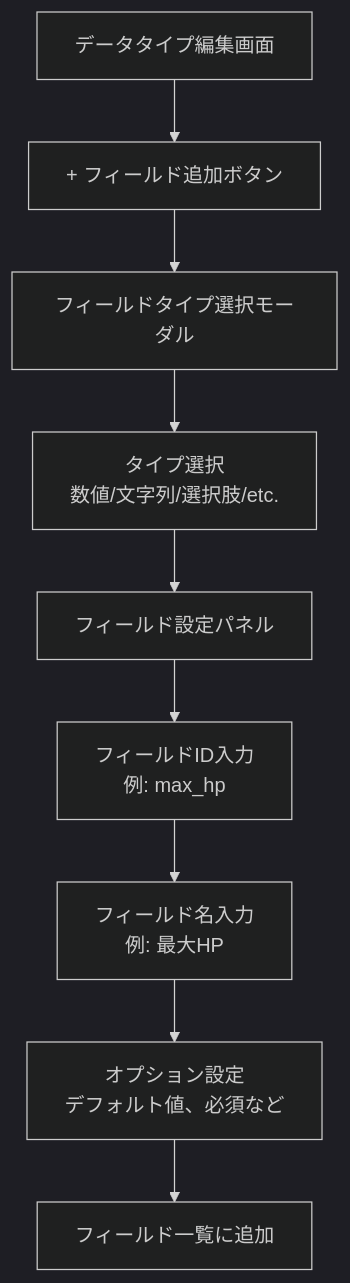
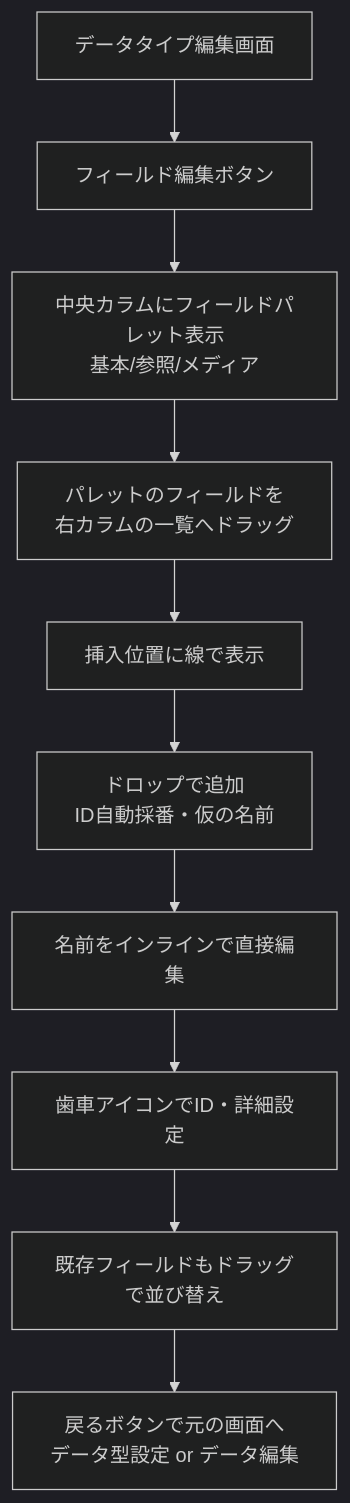
The seventh of 37 diagrams in docs/ui-flow-design.md (KenshinKaraage/rpg-box), drawn with Mermaid (dark theme) before and after one commit. The commit also changed other lines of this file and 18 other files, not shown here.

````diff
--- a/docs/ui-flow-design.md
+++ b/docs/ui-flow-design.md
@@ -422,11 +422,12 @@
 ```mermaid
 flowchart TD
-    A[データタイプ編集画面] --> B[+ フィールド追加ボタン]
-    B --> C[フィールドタイプ選択モーダル]
-    C --> D[タイプ選択<br>数値/文字列/選択肢/etc.]
-    D --> E[フィールド設定パネル]
-    E --> F[フィールドID入力<br>例: max_hp]
-    F --> G[フィールド名入力<br>例: 最大HP]
-    G --> H[オプション設定<br>デフォルト値、必須など]
-    H --> I[フィールド一覧に追加]
+    A[データタイプ編集画面] --> B[フィールド編集ボタン]
+    B --> C[中央カラムにフィールドパレット表示<br>基本/参照/メディア]
+    C --> D[パレットのフィールドを<br>右カラムの一覧へドラッグ]
+    D --> E[挿入位置に線で表示]
+    E --> F[ドロップで追加<br>ID自動採番・仮の名前]
+    F --> G[名前をインラインで直接編集]
+    G --> H[歯車アイコンでID・詳細設定]
+    H --> I[既存フィールドもドラッグで並び替え]
+    I --> J[戻るボタンで元の画面へ<br>データ型設定 or データ編集]
 ```
````
